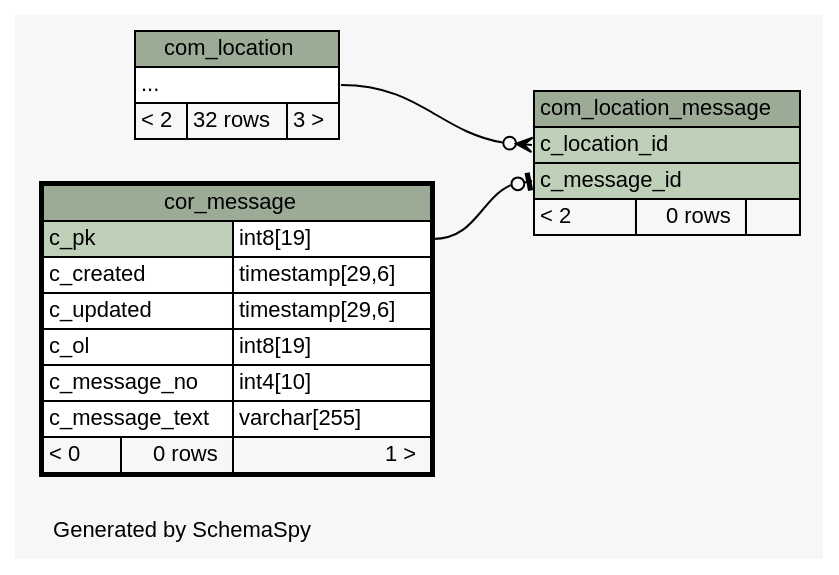
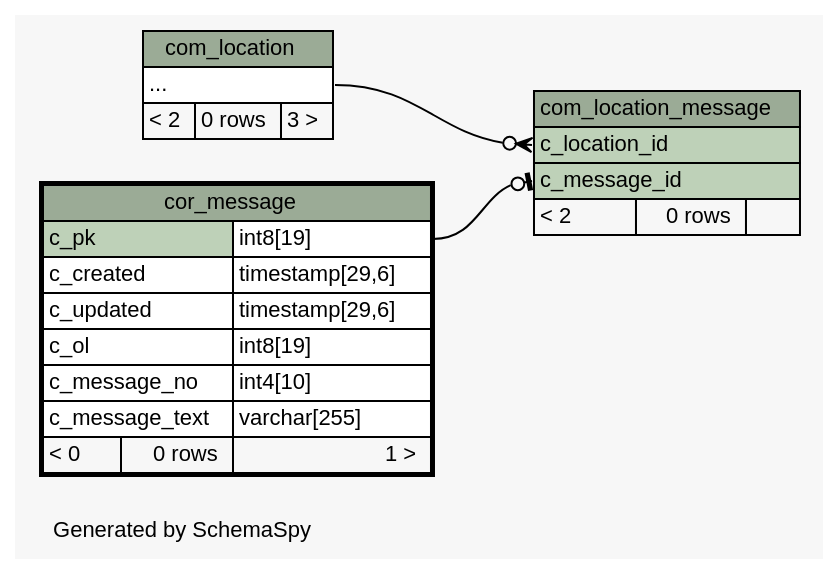
Before and after one commit to openwms/org.openwms.common.service.lib: the diagram in schemaspy/diagrams/cor_message.2degrees.dot, drawn with Graphviz. The commit also changed 537 other files, not shown here.

```diff
--- a/schemaspy/diagrams/cor_message.2degrees.dot
+++ b/schemaspy/diagrams/cor_message.2degrees.dot
@@ -1,60 +1,60 @@
-// dot 2.36.0 on Linux 4.4.0-101-generic
+// dot 2.38.0 on Linux 4.15.0-1037-gcp
 // SchemaSpy rev Unknown
 digraph "twoDegreesRelationshipsDiagram" {
   graph [
     rankdir="RL"
     bgcolor="#f7f7f7"
     label="\nGenerated by SchemaSpy"
     labeljust="l"
     nodesep="0.18"
     ranksep="0.46"
     fontname="Helvetica"
     fontsize="11"
   ];
   node [
     fontname="Helvetica"
     fontsize="11"
     shape="plaintext"
   ];
   edge [
     arrowsize="0.8"
   ];
   "com_location_message":"c_location_id":w -> "com_location":"elipses":e [arrowhead=none dir=back arrowtail=crowodot];
   "com_location_message":"c_message_id":w -> "cor_message":"c_pk.type":e [arrowhead=none dir=back arrowtail=teeodot];
   "com_location" [
     label=<
     <TABLE BORDER="0" CELLBORDER="1" CELLSPACING="0" BGCOLOR="#ffffff">
       <TR><TD COLSPAN="3" BGCOLOR="#9bab96" ALIGN="CENTER">com_location</TD></TR>
       <TR><TD PORT="elipses" COLSPAN="3" ALIGN="LEFT">...</TD></TR>
-      <TR><TD ALIGN="LEFT" BGCOLOR="#f7f7f7">&lt; 2</TD><TD ALIGN="RIGHT" BGCOLOR="#f7f7f7">32 rows</TD><TD ALIGN="RIGHT" BGCOLOR="#f7f7f7">3 &gt;</TD></TR>
+      <TR><TD ALIGN="LEFT" BGCOLOR="#f7f7f7">&lt; 2</TD><TD ALIGN="RIGHT" BGCOLOR="#f7f7f7">0 rows</TD><TD ALIGN="RIGHT" BGCOLOR="#f7f7f7">3 &gt;</TD></TR>
     </TABLE>>
     URL="com_location.html"
     tooltip="com_location"
   ];
   "com_location_message" [
     label=<
     <TABLE BORDER="0" CELLBORDER="1" CELLSPACING="0" BGCOLOR="#ffffff">
       <TR><TD COLSPAN="3" BGCOLOR="#9bab96" ALIGN="CENTER">com_location_message</TD></TR>
       <TR><TD PORT="c_location_id" COLSPAN="3" BGCOLOR="#bed1b8" ALIGN="LEFT">c_location_id</TD></TR>
       <TR><TD PORT="c_message_id" COLSPAN="3" BGCOLOR="#bed1b8" ALIGN="LEFT">c_message_id</TD></TR>
       <TR><TD ALIGN="LEFT" BGCOLOR="#f7f7f7">&lt; 2</TD><TD ALIGN="RIGHT" BGCOLOR="#f7f7f7">0 rows</TD><TD ALIGN="RIGHT" BGCOLOR="#f7f7f7">  </TD></TR>
     </TABLE>>
     URL="com_location_message.html"
     tooltip="com_location_message"
   ];
   "cor_message" [
     label=<
     <TABLE BORDER="2" CELLBORDER="1" CELLSPACING="0" BGCOLOR="#ffffff">
       <TR><TD COLSPAN="3" BGCOLOR="#9bab96" ALIGN="CENTER">cor_message</TD></TR>
       <TR><TD PORT="c_pk" COLSPAN="2" BGCOLOR="#bed1b8" ALIGN="LEFT">c_pk</TD><TD PORT="c_pk.type" ALIGN="LEFT">int8[19]</TD></TR>
       <TR><TD PORT="c_created" COLSPAN="2" ALIGN="LEFT">c_created</TD><TD PORT="c_created.type" ALIGN="LEFT">timestamp[29,6]</TD></TR>
       <TR><TD PORT="c_updated" COLSPAN="2" ALIGN="LEFT">c_updated</TD><TD PORT="c_updated.type" ALIGN="LEFT">timestamp[29,6]</TD></TR>
       <TR><TD PORT="c_ol" COLSPAN="2" ALIGN="LEFT">c_ol</TD><TD PORT="c_ol.type" ALIGN="LEFT">int8[19]</TD></TR>
       <TR><TD PORT="c_message_no" COLSPAN="2" ALIGN="LEFT">c_message_no</TD><TD PORT="c_message_no.type" ALIGN="LEFT">int4[10]</TD></TR>
       <TR><TD PORT="c_message_text" COLSPAN="2" ALIGN="LEFT">c_message_text</TD><TD PORT="c_message_text.type" ALIGN="LEFT">varchar[255]</TD></TR>
       <TR><TD ALIGN="LEFT" BGCOLOR="#f7f7f7">&lt; 0</TD><TD ALIGN="RIGHT" BGCOLOR="#f7f7f7">0 rows</TD><TD ALIGN="RIGHT" BGCOLOR="#f7f7f7">1 &gt;</TD></TR>
     </TABLE>>
     URL="cor_message.html"
     tooltip="cor_message"
   ];
 }
```
